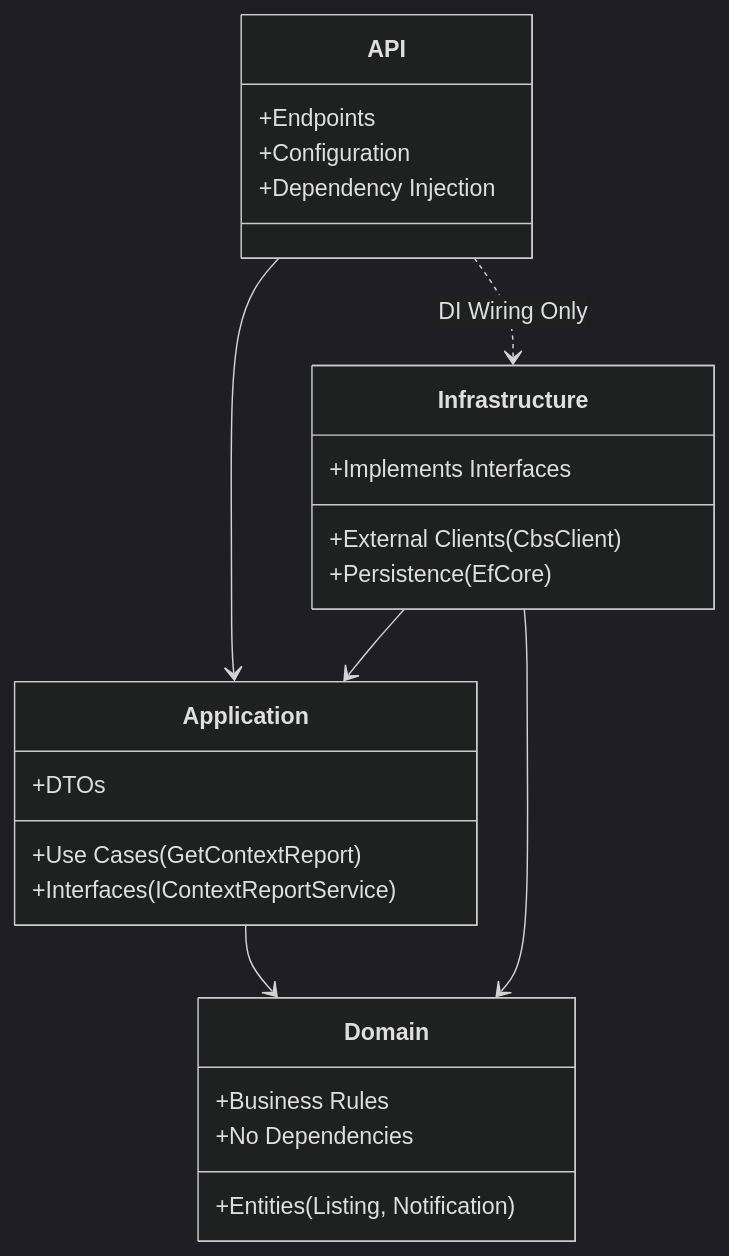
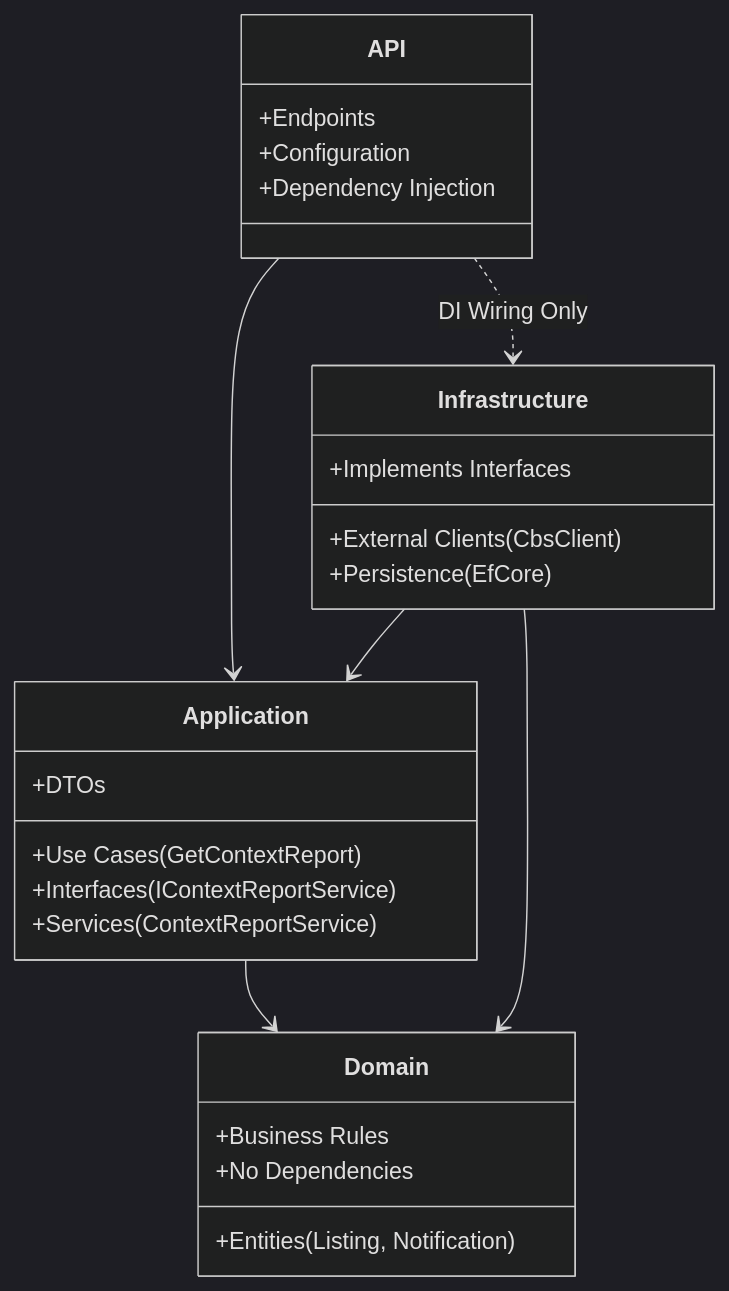
Before and after one commit to YKDBontekoe/valora: the second of 2 diagrams in README.md, drawn with Mermaid (dark theme). The commit also changed other lines of this file and 5 other files, not shown here.

First line of the commit message:
docs: improve architecture overview, add setup script and api reference

````diff
--- a/README.md
+++ b/README.md
@@ -45,29 +59,30 @@
 ```mermaid
 classDiagram
     class Domain {
         +Entities (Listing, Notification)
         +Business Rules
         +No Dependencies
     }
     class Application {
         +Use Cases (GetContextReport)
         +Interfaces (IContextReportService)
+        +Services (ContextReportService)
         +DTOs
     }
     class Infrastructure {
         +External Clients (CbsClient)
         +Persistence (EfCore)
         +Implements Interfaces
     }
     class API {
         +Endpoints
         +Configuration
         +Dependency Injection
     }
 
     API --> Application
     Infrastructure --> Application
     Application --> Domain
     Infrastructure --> Domain
     API ..> Infrastructure : DI Wiring Only
 ```
````
